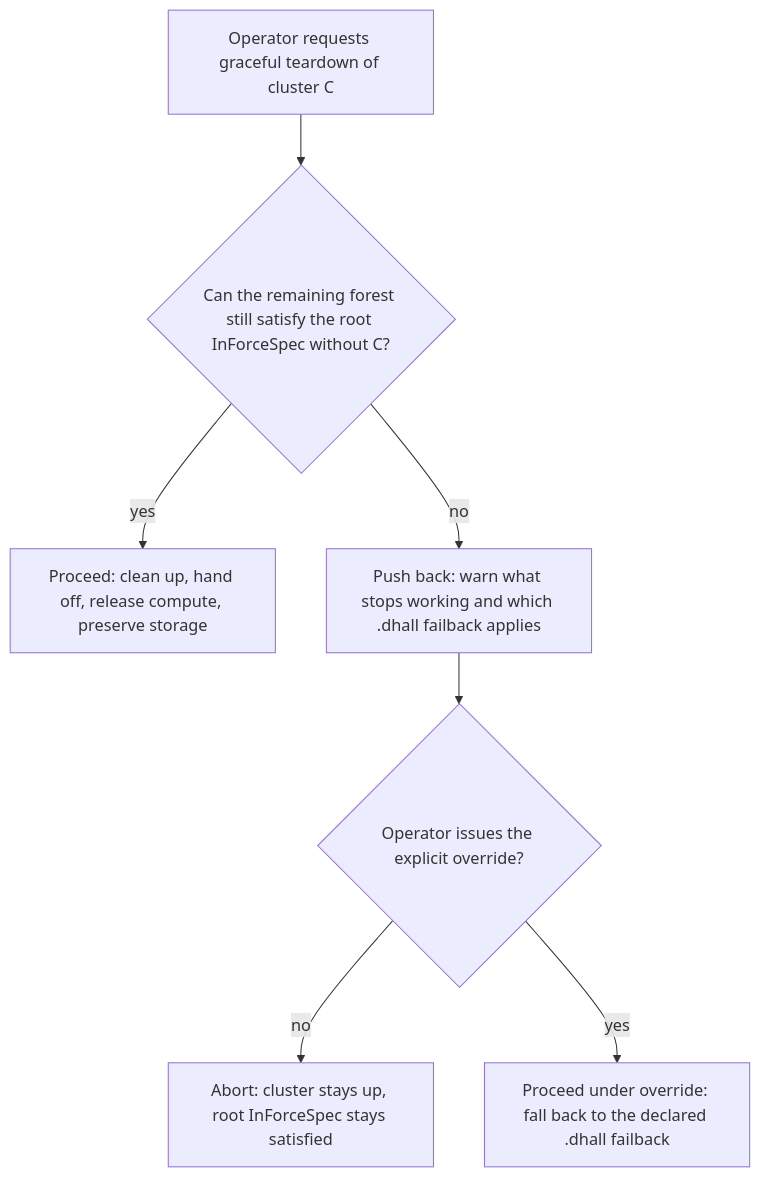
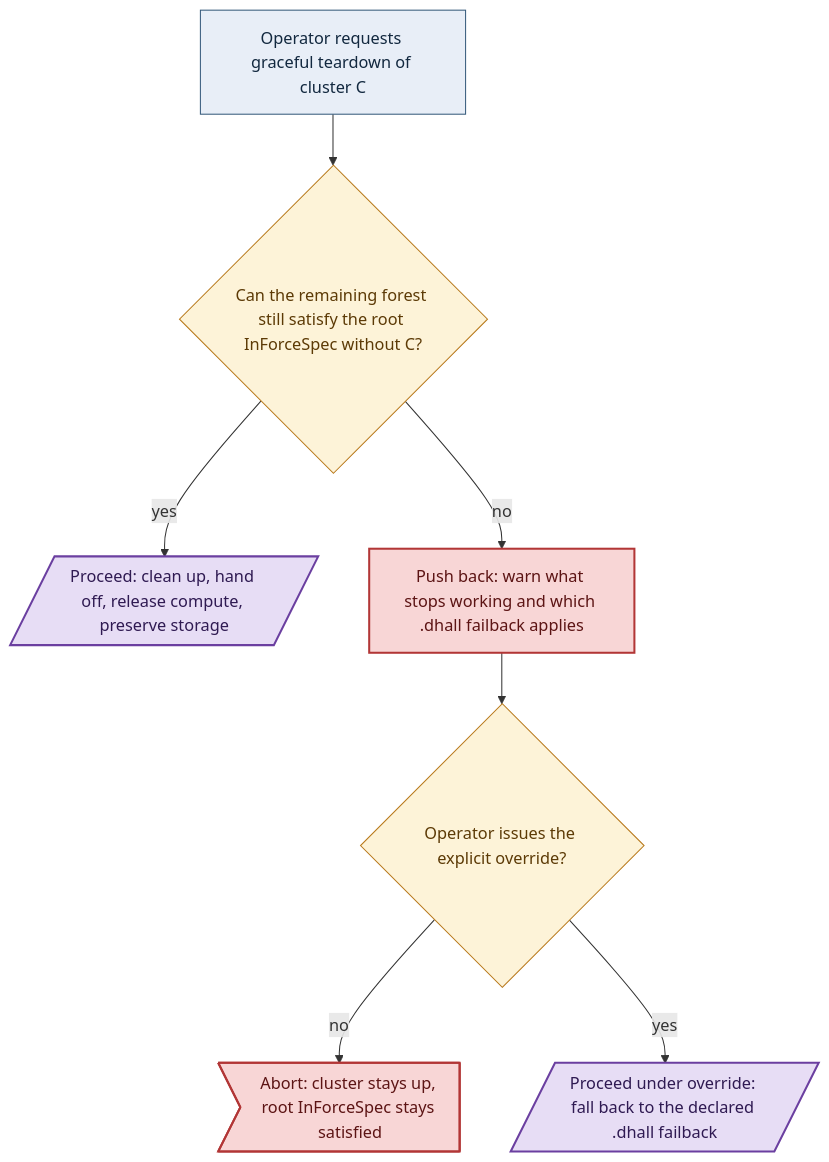
The second of 3 diagrams in documents/engineering/cluster_lifecycle_doctrine.md (Tuee22/amoebius), drawn with Mermaid before and after one commit. The commit also changed other lines of this file and 36 other files, not shown here.

````diff
--- a/documents/engineering/cluster_lifecycle_doctrine.md
+++ b/documents/engineering/cluster_lifecycle_doctrine.md
@@ -275,9 +280,13 @@
 ```mermaid
 flowchart TD
-  start[Operator requests graceful teardown of cluster C] --> check{Can the remaining forest still satisfy the root InForceSpec without C?}
-  check -->|yes| proceed[Proceed: clean up, hand off, release compute, preserve storage]
-  check -->|no| pushback[Push back: warn what stops working and which .dhall failback applies]
-  pushback --> override{Operator issues the explicit override?}
-  override -->|no| abort[Abort: cluster stays up, root InForceSpec stays satisfied]
-  override -->|yes| degrade[Proceed under override: fall back to the declared .dhall failback]
+  start["Operator requests graceful teardown of cluster C"]:::intent --> check{"Can the remaining forest still satisfy the root InForceSpec without C?"}:::decision
+  check -->|yes| proceed[/"Proceed: clean up, hand off, release compute, preserve storage"/]:::effect
+  check -->|no| pushback["Push back: warn what stops working and which .dhall failback applies"]:::refuse
+  pushback --> override{"Operator issues the explicit override?"}:::decision
+  override -->|no| abort>"Abort: cluster stays up, root InForceSpec stays satisfied"]:::refuse
+  override -->|yes| degrade[/"Proceed under override: fall back to the declared .dhall failback"/]:::effect
+  classDef intent   fill:#e8eef7,stroke:#33587a,color:#12283f,stroke-width:1px
+  classDef decision fill:#fdf3d8,stroke:#b8791b,color:#5c3a06,stroke-width:1px
+  classDef effect   fill:#e7ddf5,stroke:#6b3fa0,color:#2f1a52,stroke-width:2px
+  classDef refuse   fill:#f8d6d6,stroke:#b23636,color:#5c1414,stroke-width:2px
 ```
````
